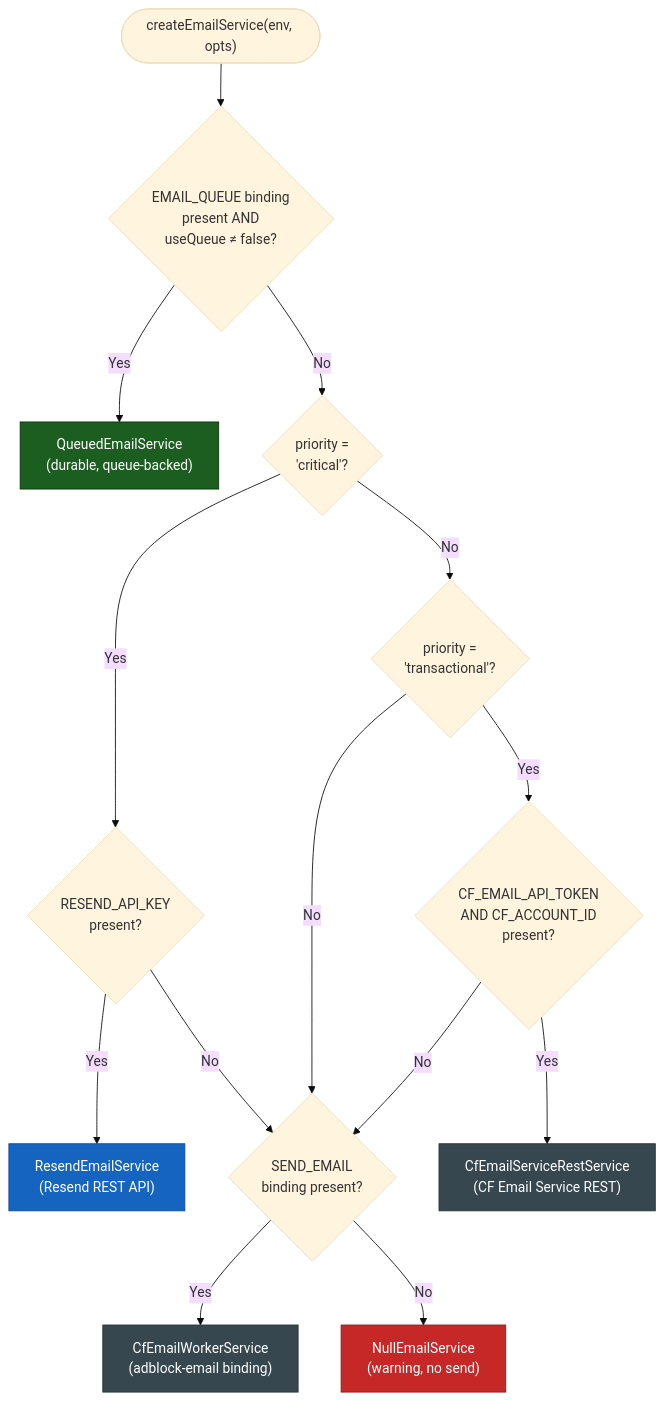
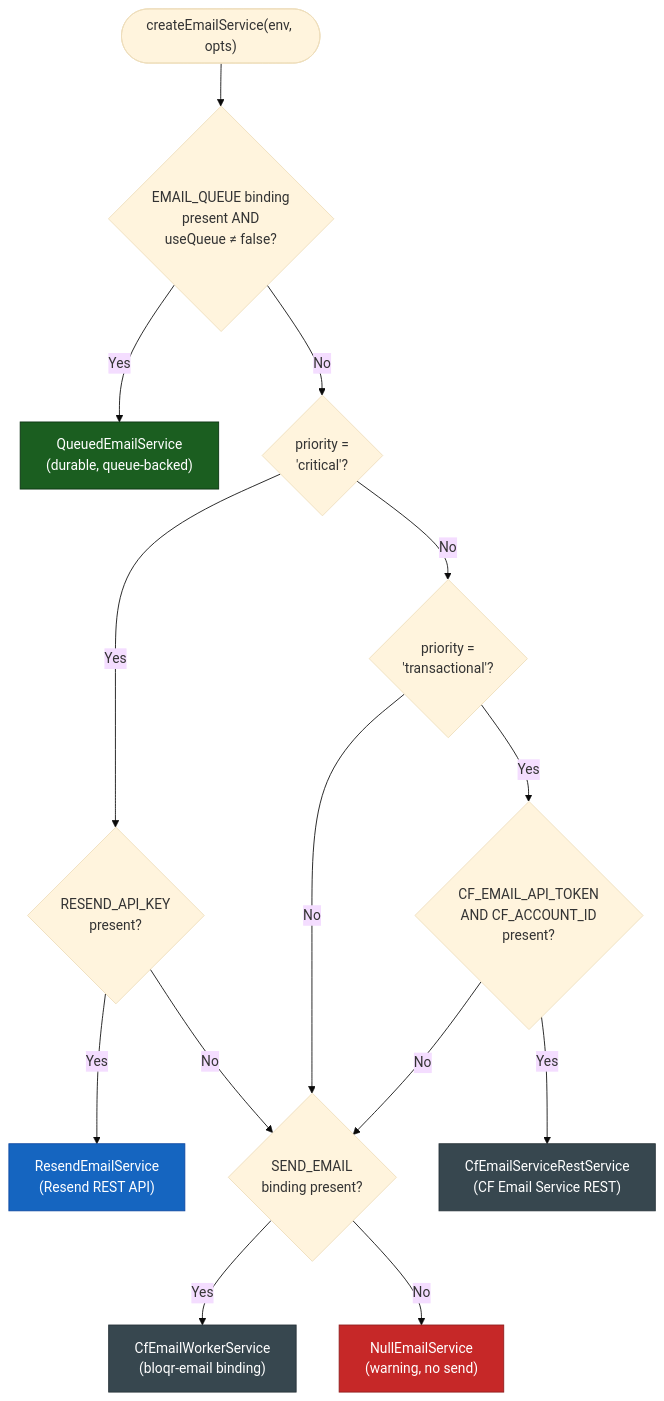
One commit to jaypatrick/adblock-compiler changed the first of 5 diagrams in docs/auth/email-architecture.md. Above: the diagram before and after it, drawn with Mermaid (base theme). The commit also changed other lines of this file and 252 other files, not shown here.

First line of the commit message:
chore: rename Cloudflare Worker names from adblock- to bloqr- (bloqr-compiler → bloqr-backend) (#1762)

````diff
--- a/docs/auth/email-architecture.md
+++ b/docs/auth/email-architecture.md
@@ -115,28 +115,28 @@
 ```mermaid
 flowchart TD
     START(["createEmailService(env, opts)"]) --> Q1{"EMAIL_QUEUE binding\npresent AND\nuseQueue ≠ false?"}
 
     Q1 -->|Yes| QUEUED["QueuedEmailService\n(durable, queue-backed)"]
     Q1 -->|No| Q2{"priority =\n'critical'?"}
 
     Q2 -->|Yes| Q3{"RESEND_API_KEY\npresent?"}
     Q2 -->|No| Q4{"priority =\n'transactional'?"}
 
     Q3 -->|Yes| RESEND["ResendEmailService\n(Resend REST API)"]
     Q3 -->|No| Q5{"SEND_EMAIL\nbinding present?"}
 
     Q4 -->|Yes| Q6{"CF_EMAIL_API_TOKEN\nAND CF_ACCOUNT_ID\npresent?"}
     Q4 -->|No| Q5
 
     Q6 -->|Yes| CFREST["CfEmailServiceRestService\n(CF Email Service REST)"]
     Q6 -->|No| Q5
 
-    Q5 -->|Yes| CFWORKER["CfEmailWorkerService\n(adblock-email binding)"]
+    Q5 -->|Yes| CFWORKER["CfEmailWorkerService\n(bloqr-email binding)"]
     Q5 -->|No| NULL["NullEmailService\n(warning, no send)"]
 
     style QUEUED fill:#1b5e20,stroke:#0a3010,color:#fff
     style RESEND fill:#1565c0,stroke:#0d47a1,color:#fff
     style CFREST fill:#37474f,stroke:#263238,color:#fff
     style CFWORKER fill:#37474f,stroke:#263238,color:#fff
     style NULL fill:#c62828,stroke:#8e1c1c,color:#fff
 ```
````
